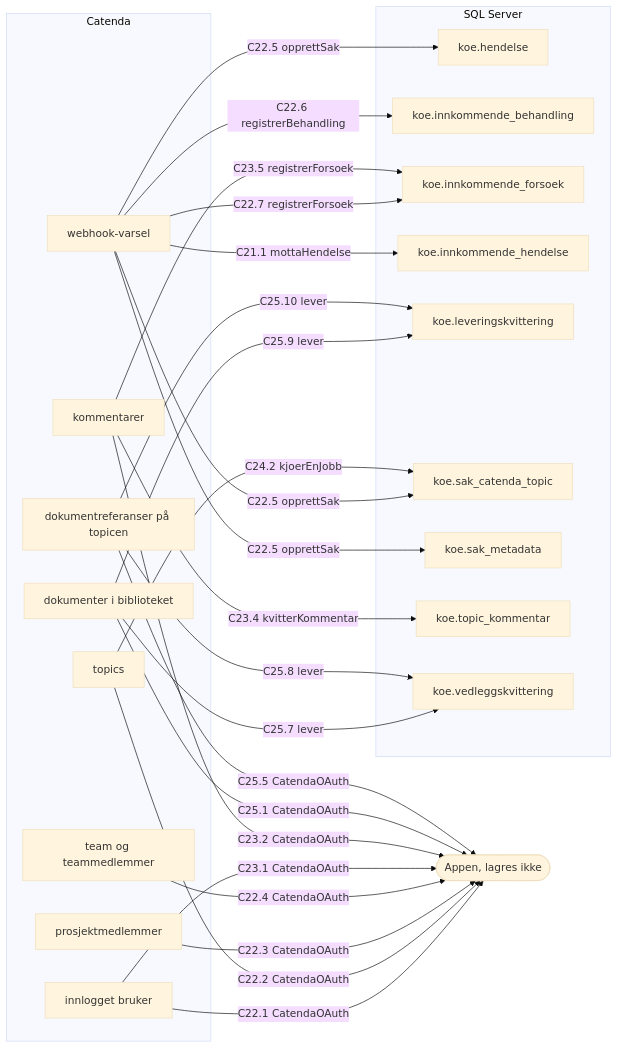
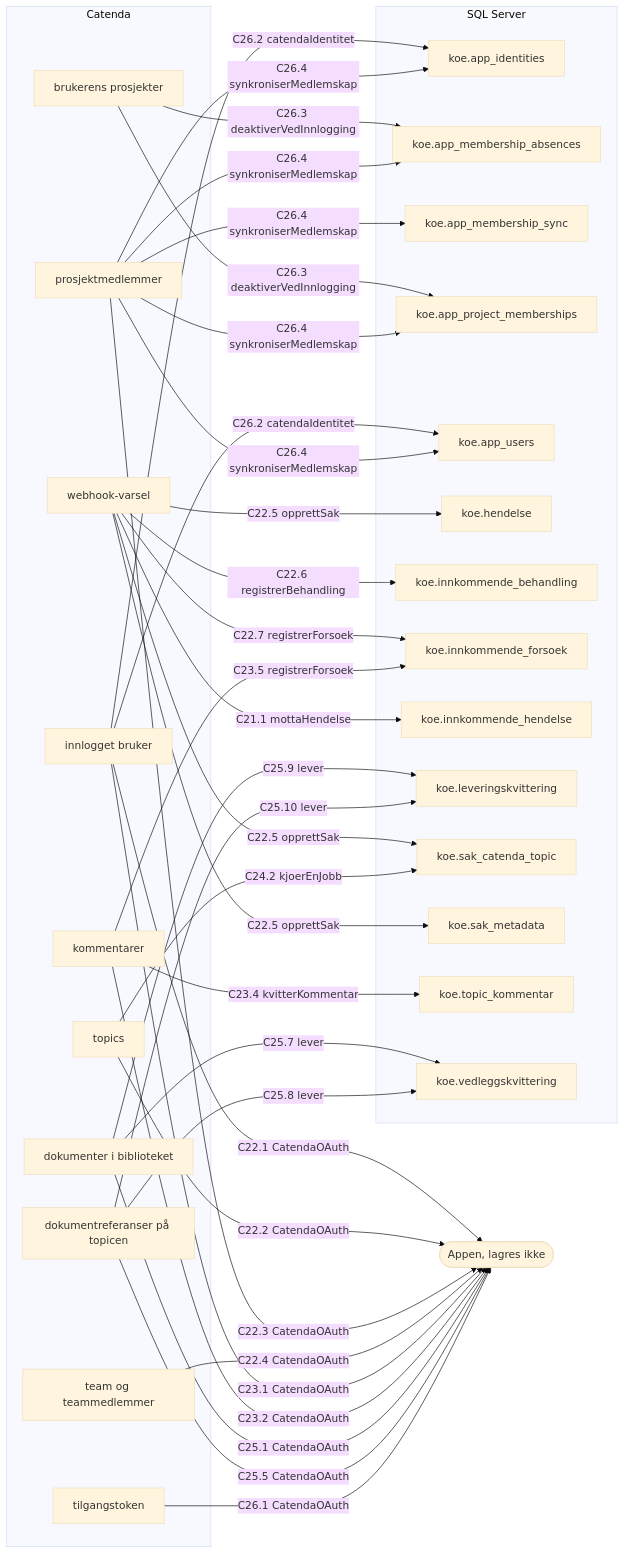
One commit to khjohns/endringsmeldinger changed the second of 4 diagrams in docs/datamodell/relasjoner.md. Above: the diagram before and after it, drawn with Mermaid (base theme). The commit also changed other lines of this file and 7 other files, not shown here.

````diff
--- a/docs/datamodell/relasjoner.md
+++ b/docs/datamodell/relasjoner.md
@@ -436,46 +436,63 @@
 ```mermaid
 flowchart LR
     subgraph g0["Catenda"]
         c_webhook["webhook-varsel"]
+        c_token["tilgangstoken"]
         c_bruker["innlogget bruker"]
+        c_prosjekt["brukerens prosjekter"]
         c_medlemmer["prosjektmedlemmer"]
         c_team["team og teammedlemmer"]
         c_topic["topics"]
         c_kommentar["kommentarer"]
         c_dokument["dokumenter i biblioteket"]
         c_dokumentreferanse["dokumentreferanser på topicen"]
     end
     subgraph g1["SQL Server"]
+        t_koe_app_identities["koe.app_identities"]
+        t_koe_app_membership_absences["koe.app_membership_absences"]
+        t_koe_app_membership_sync["koe.app_membership_sync"]
+        t_koe_app_project_memberships["koe.app_project_memberships"]
+        t_koe_app_users["koe.app_users"]
         t_koe_hendelse["koe.hendelse"]
         t_koe_innkommende_behandling["koe.innkommende_behandling"]
         t_koe_innkommende_forsoek["koe.innkommende_forsoek"]
         t_koe_innkommende_hendelse["koe.innkommende_hendelse"]
         t_koe_leveringskvittering["koe.leveringskvittering"]
         t_koe_sak_catenda_topic["koe.sak_catenda_topic"]
         t_koe_sak_metadata["koe.sak_metadata"]
         t_koe_topic_kommentar["koe.topic_kommentar"]
         t_koe_vedleggskvittering["koe.vedleggskvittering"]
     end
     t_appen(["Appen, lagres ikke"])
     c_webhook -->|"C21.1 mottaHendelse"| t_koe_innkommende_hendelse
     c_bruker -->|"C22.1 CatendaOAuth"| t_appen
     c_topic -->|"C22.2 CatendaOAuth"| t_appen
     c_medlemmer -->|"C22.3 CatendaOAuth"| t_appen
     c_team -->|"C22.4 CatendaOAuth"| t_appen
     c_webhook -->|"C22.5 opprettSak"| t_koe_sak_metadata
     c_webhook -->|"C22.5 opprettSak"| t_koe_hendelse
     c_webhook -->|"C22.5 opprettSak"| t_koe_sak_catenda_topic
     c_webhook -->|"C22.6 registrerBehandling"| t_koe_innkommende_behandling
     c_webhook -->|"C22.7 registrerForsoek"| t_koe_innkommende_forsoek
     c_bruker -->|"C23.1 CatendaOAuth"| t_appen
     c_kommentar -->|"C23.2 CatendaOAuth"| t_appen
     c_kommentar -->|"C23.4 kvitterKommentar"| t_koe_topic_kommentar
     c_kommentar -->|"C23.5 registrerForsoek"| t_koe_innkommende_forsoek
     c_topic -->|"C24.2 kjoerEnJobb"| t_koe_sak_catenda_topic
     c_dokument -->|"C25.1 CatendaOAuth"| t_appen
     c_dokumentreferanse -->|"C25.5 CatendaOAuth"| t_appen
     c_dokument -->|"C25.7 lever"| t_koe_vedleggskvittering
     c_dokumentreferanse -->|"C25.8 lever"| t_koe_vedleggskvittering
     c_dokument -->|"C25.9 lever"| t_koe_leveringskvittering
     c_dokumentreferanse -->|"C25.10 lever"| t_koe_leveringskvittering
+    c_token -->|"C26.1 CatendaOAuth"| t_appen
+    c_bruker -->|"C26.2 catendaIdentitet"| t_koe_app_users
+    c_bruker -->|"C26.2 catendaIdentitet"| t_koe_app_identities
+    c_prosjekt -->|"C26.3 deaktiverVedInnlogging"| t_koe_app_project_memberships
+    c_prosjekt -->|"C26.3 deaktiverVedInnlogging"| t_koe_app_membership_absences
+    c_medlemmer -->|"C26.4 synkroniserMedlemskap"| t_koe_app_project_memberships
+    c_medlemmer -->|"C26.4 synkroniserMedlemskap"| t_koe_app_membership_sync
+    c_medlemmer -->|"C26.4 synkroniserMedlemskap"| t_koe_app_membership_absences
+    c_medlemmer -->|"C26.4 synkroniserMedlemskap"| t_koe_app_users
+    c_medlemmer -->|"C26.4 synkroniserMedlemskap"| t_koe_app_identities
 ```
````
